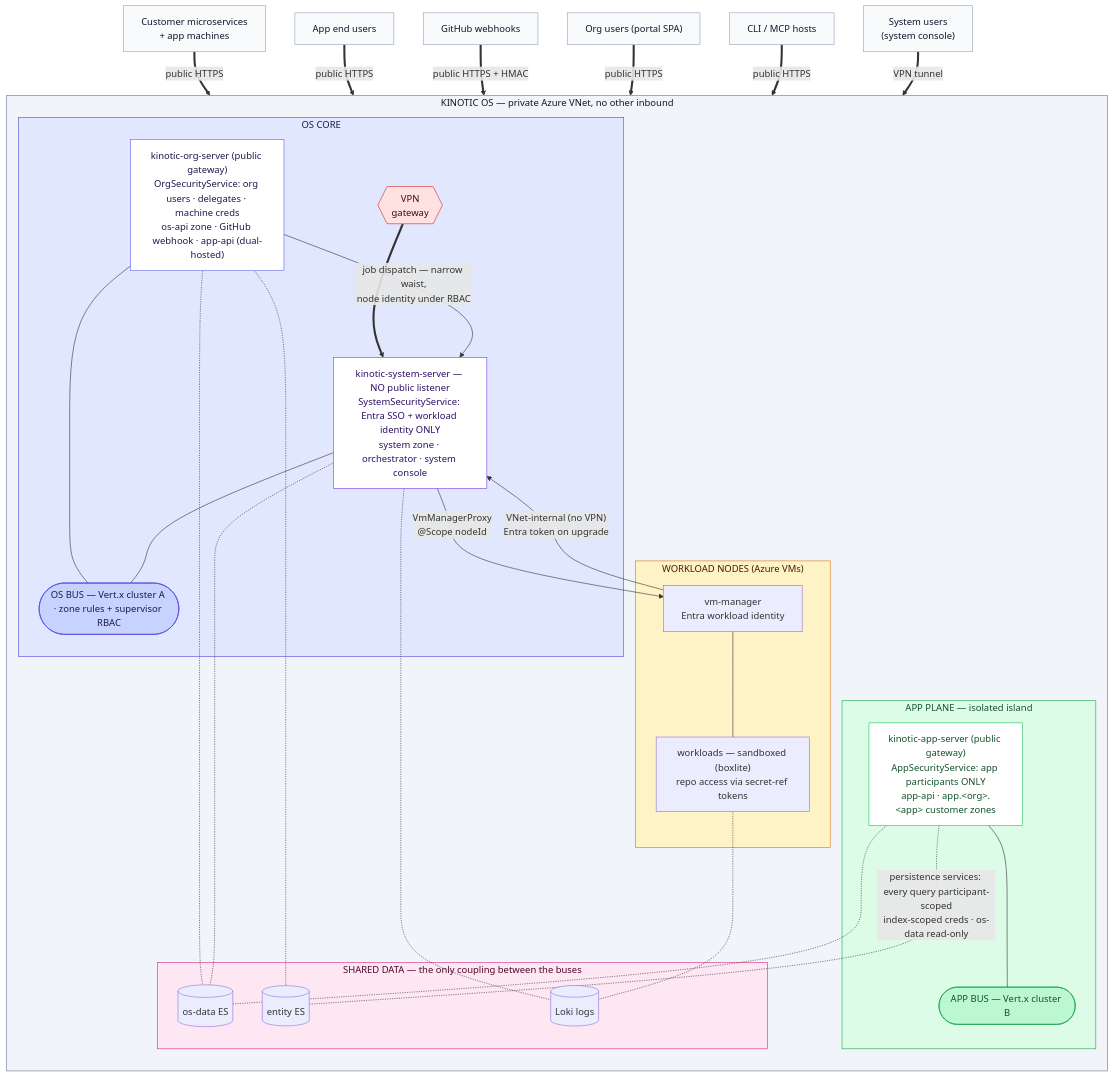
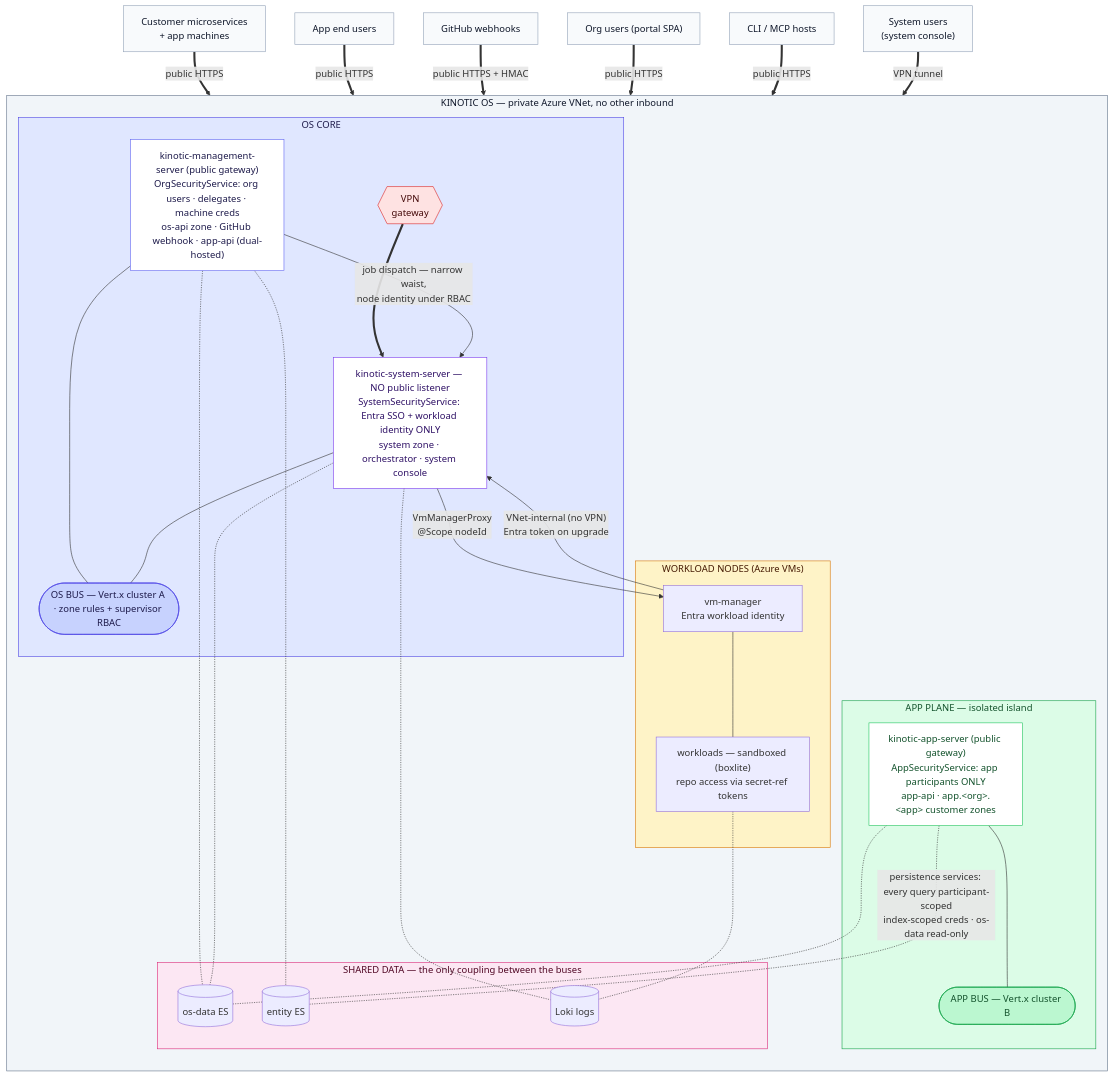
One commit to kinotic-ai/kinotic changed the diagram in docs/ServerPlaneArchitecture.md. Above: the diagram before and after it, drawn with Mermaid. The commit also changed other lines of this file and 1 other file, not shown here.

First line of the commit message:
Rename kinotic-org-server to kinotic-management-server

````diff
--- a/docs/ServerPlaneArchitecture.md
+++ b/docs/ServerPlaneArchitecture.md
@@ -189,75 +192,75 @@
 ```mermaid
 flowchart TB
   %% ═════════════ INTERNET — untrusted ═════════════
   custS["Customer microservices<br/>+ app machines"]
   appU["App end users"]
   gh["GitHub webhooks"]
   orgU["Org users (portal SPA)"]
   cliU["CLI / MCP hosts"]
   sysU["System users<br/>(system console)"]
 
   %% public ingress — never touches the VPN
   custS & appU ==>|"public HTTPS"| appgw
   gh ==>|"public HTTPS + HMAC"| osgw
   orgU & cliU ==>|"public HTTPS"| osgw
   %% the ONLY internet path to the system plane
   sysU ==>|"VPN tunnel"| vpn
 
   subgraph vnet["KINOTIC OS — private Azure VNet, no other inbound"]
     direction TB
 
     subgraph appisland["APP PLANE — isolated island"]
       appgw["kinotic-app-server (public gateway)<br/>AppSecurityService: app participants ONLY<br/>app-api · app.&lt;org&gt;.&lt;app&gt; customer zones"]
       abus(["APP BUS — Vert.x cluster B"])
       appgw --- abus
     end
 
     subgraph oscore["OS CORE"]
-      osgw["kinotic-org-server (public gateway)<br/>OrgSecurityService: org users · delegates · machine creds<br/>os-api zone · GitHub webhook · app-api (dual-hosted)"]
+      osgw["kinotic-management-server (public gateway)<br/>OrgSecurityService: org users · delegates · machine creds<br/>os-api zone · GitHub webhook · app-api (dual-hosted)"]
       vpn{{"VPN<br/>gateway"}}
       sysgw["kinotic-system-server — NO public listener<br/>SystemSecurityService: Entra SSO + workload identity ONLY<br/>system zone · orchestrator · system console"]
       pbus(["OS BUS — Vert.x cluster A · zone rules + supervisor RBAC"])
       vpn ==> sysgw
       osgw --- pbus
       sysgw --- pbus
       osgw -->|"job dispatch — narrow waist,<br/>node identity under RBAC"| sysgw
     end
 
     subgraph wnodes["WORKLOAD NODES (Azure VMs)"]
       vmm["vm-manager<br/>Entra workload identity"]
       box["workloads — sandboxed (boxlite)<br/>repo access via secret-ref tokens"]
       vmm --- box
     end
     vmm -->|"VNet-internal (no VPN)<br/>Entra token on upgrade"| sysgw
     sysgw -->|"VmManagerProxy<br/>@Scope nodeId"| vmm
 
     subgraph stores["SHARED DATA — the only coupling between the buses"]
       oses[("os-data ES")]
       entes[("entity ES")]
       loki[("Loki logs")]
     end
     osgw -.- oses
     osgw -.- entes
     sysgw -.- oses
     sysgw -.- loki
     appgw -.-|"persistence services: every query participant-scoped<br/>index-scoped creds · os-data read-only"| entes
     appgw -.- oses
     box -.- loki
   end
 
 
   %% ── theme-stable styling ──
   classDef client fill:#f8fafc,stroke:#94a3b8,color:#0f172a
   class orgU,cliU,gh,sysU,appU,custS client
   style vnet      fill:#f1f5f9,stroke:#64748b,color:#0f172a
   style oscore    fill:#e0e7ff,stroke:#4f46e5,color:#1e1b4b
   style appisland fill:#dcfce7,stroke:#16a34a,color:#14532d
   style osgw      fill:#ffffff,stroke:#6366f1,color:#1e1b4b
   style sysgw     fill:#ffffff,stroke:#7c3aed,color:#2e1065
   style appgw     fill:#ffffff,stroke:#22c55e,color:#14532d
   style pbus      fill:#c7d2fe,stroke:#4f46e5,color:#1e1b4b
   style abus      fill:#bbf7d0,stroke:#16a34a,color:#14532d
   style wnodes    fill:#fef3c7,stroke:#d97706,color:#451a03
   style stores    fill:#fce7f3,stroke:#db2777,color:#500724
   style vpn       fill:#fee2e2,stroke:#dc2626,color:#450a0a
 ```
````
